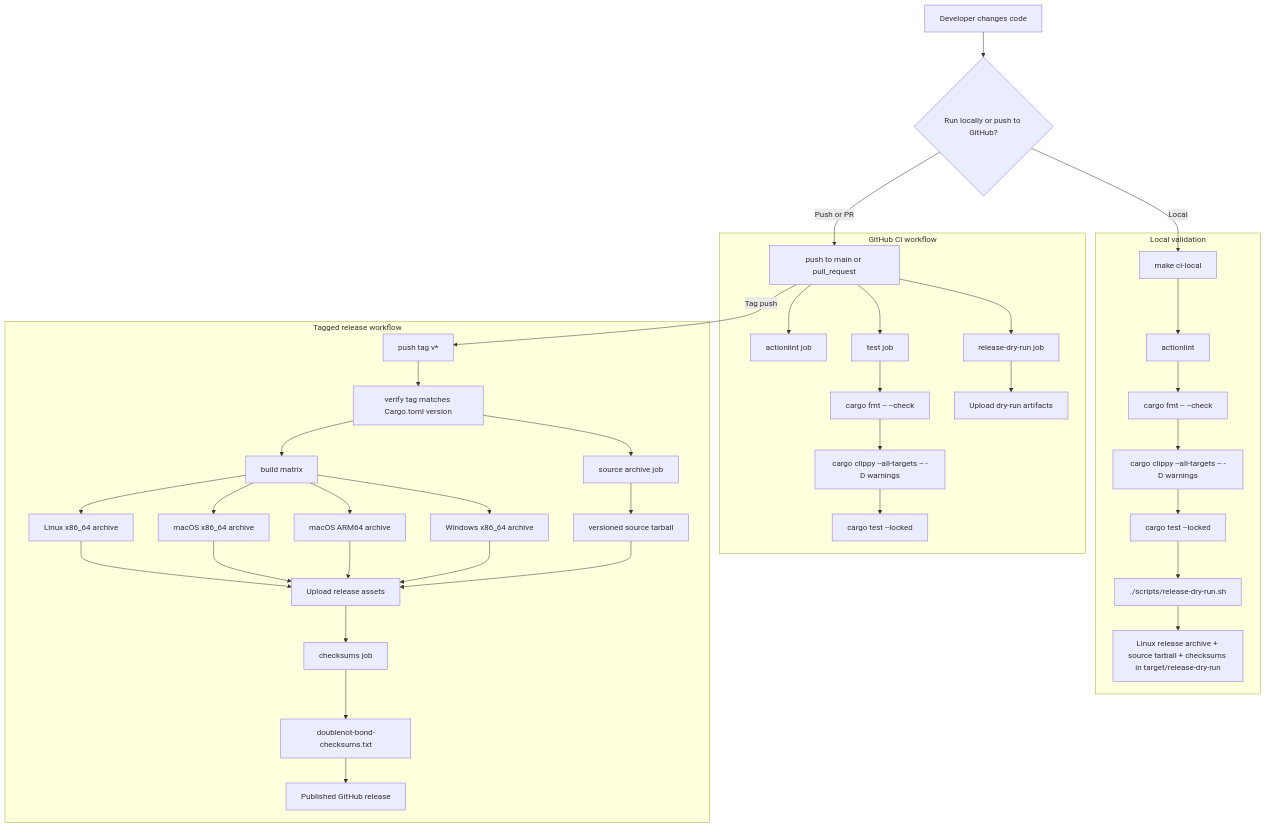
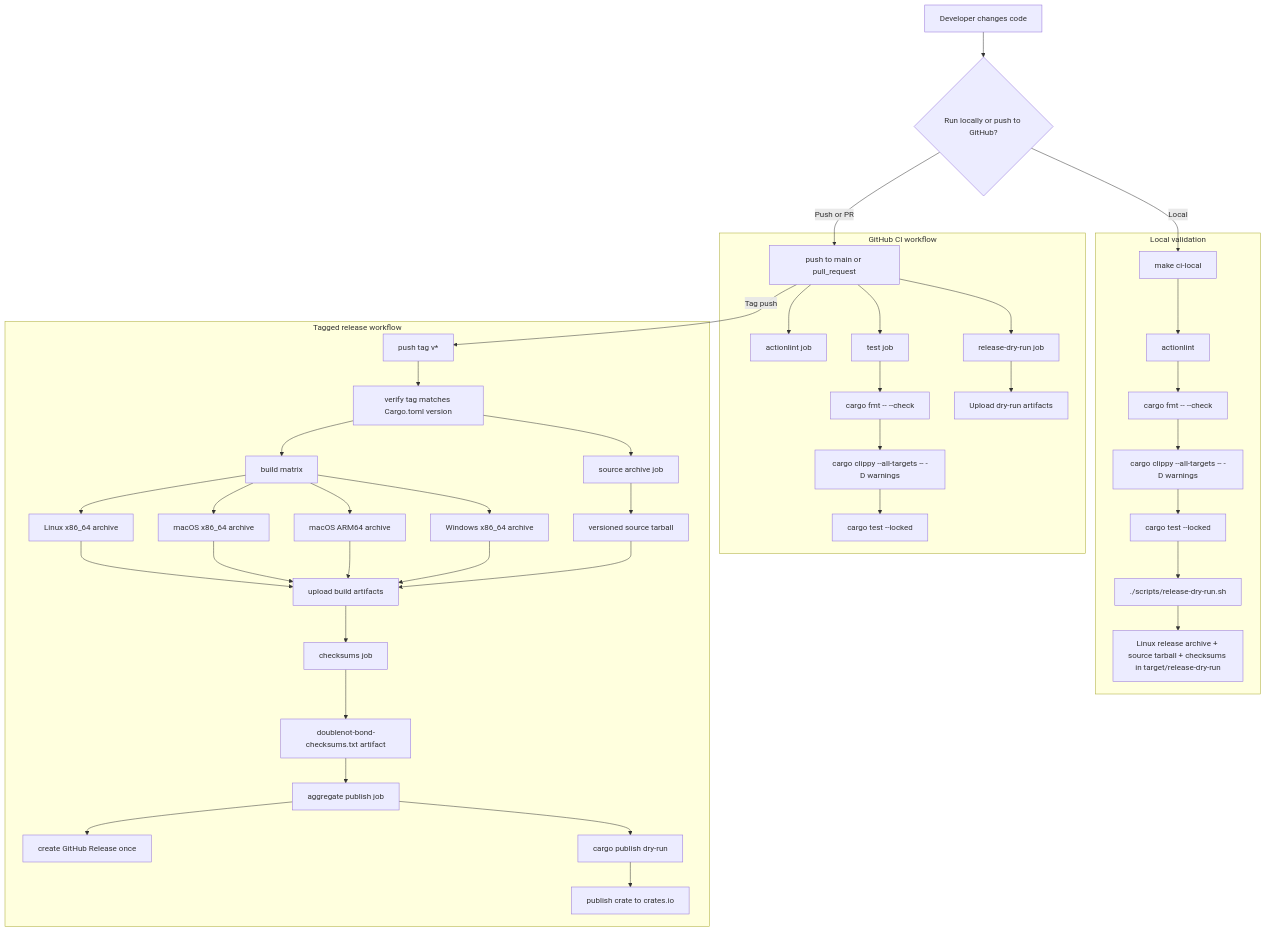
One commit to doublenot/doublenot-bond changed the first of 3 diagrams in docs/workflows.md. Above: the diagram before and after it, drawn with Mermaid. The commit also changed other lines of this file and 11 other files, not shown here.

````diff
--- a/docs/workflows.md
+++ b/docs/workflows.md
@@ -7,49 +7,52 @@
 ```mermaid
 flowchart TD
     A[Developer changes code] --> B{Run locally or push to GitHub?}
 
     subgraph Local[Local validation]
         C[make ci-local]
         C --> C1[actionlint]
         C1 --> C2[cargo fmt -- --check]
         C2 --> C3[cargo clippy --all-targets -- -D warnings]
         C3 --> C4[cargo test --locked]
         C4 --> C5[./scripts/release-dry-run.sh]
         C5 --> C6[Linux release archive + source tarball + checksums in target/release-dry-run]
     end
 
     subgraph CI[GitHub CI workflow]
         D[push to main or pull_request]
         D --> D1[actionlint job]
         D --> D2[test job]
         D --> D3[release-dry-run job]
         D2 --> D21[cargo fmt -- --check]
         D21 --> D22[cargo clippy --all-targets -- -D warnings]
         D22 --> D23[cargo test --locked]
         D3 --> D31[Upload dry-run artifacts]
     end
 
     subgraph Release[Tagged release workflow]
         E[push tag v*]
         E --> E0[verify tag matches Cargo.toml version]
         E0 --> E1[build matrix]
         E0 --> E2[source archive job]
         E1 --> E11[Linux x86_64 archive]
         E1 --> E12[macOS x86_64 archive]
         E1 --> E13[macOS ARM64 archive]
         E1 --> E14[Windows x86_64 archive]
-        E11 --> E3[Upload release assets]
+        E2 --> E21[versioned source tarball]
+        E11 --> E3[upload build artifacts]
         E12 --> E3
         E13 --> E3
         E14 --> E3
-        E2 --> E21[versioned source tarball]
         E21 --> E3
         E3 --> E4[checksums job]
-        E4 --> E5[doublenot-bond-checksums.txt]
-        E5 --> E6[Published GitHub release]
+        E4 --> E5[doublenot-bond-checksums.txt artifact]
+        E5 --> E6[aggregate publish job]
+        E6 --> E7[create GitHub Release once]
+        E6 --> E8[cargo publish dry-run]
+        E8 --> E9[publish crate to crates.io]
     end
 
     B -->|Local| C
     B -->|Push or PR| D
     D -->|Tag push| E
 ```
````
